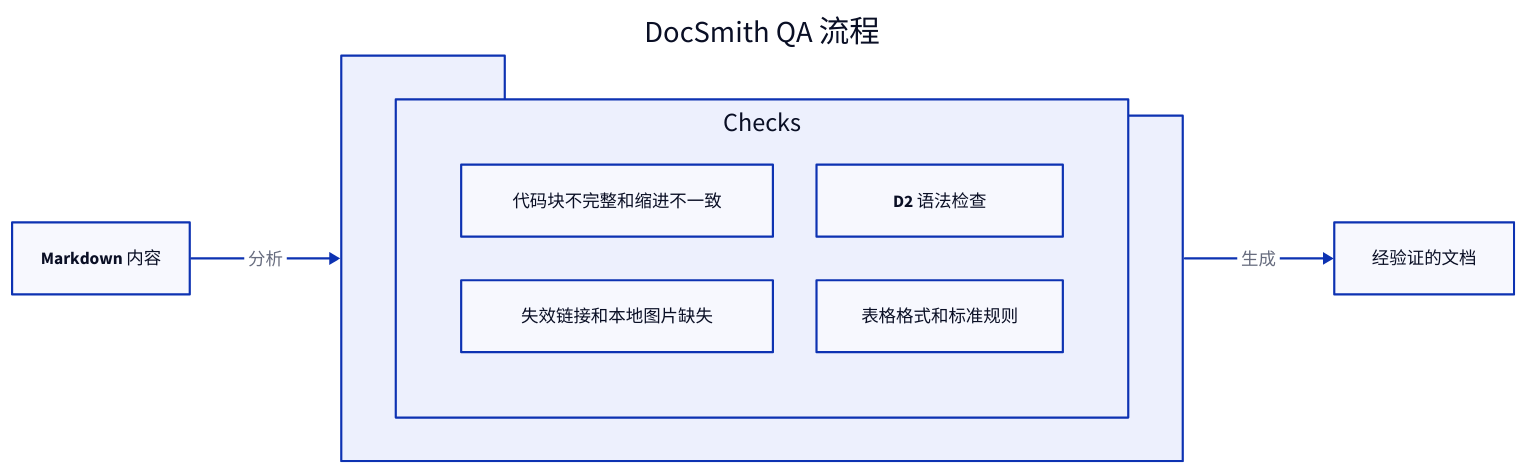
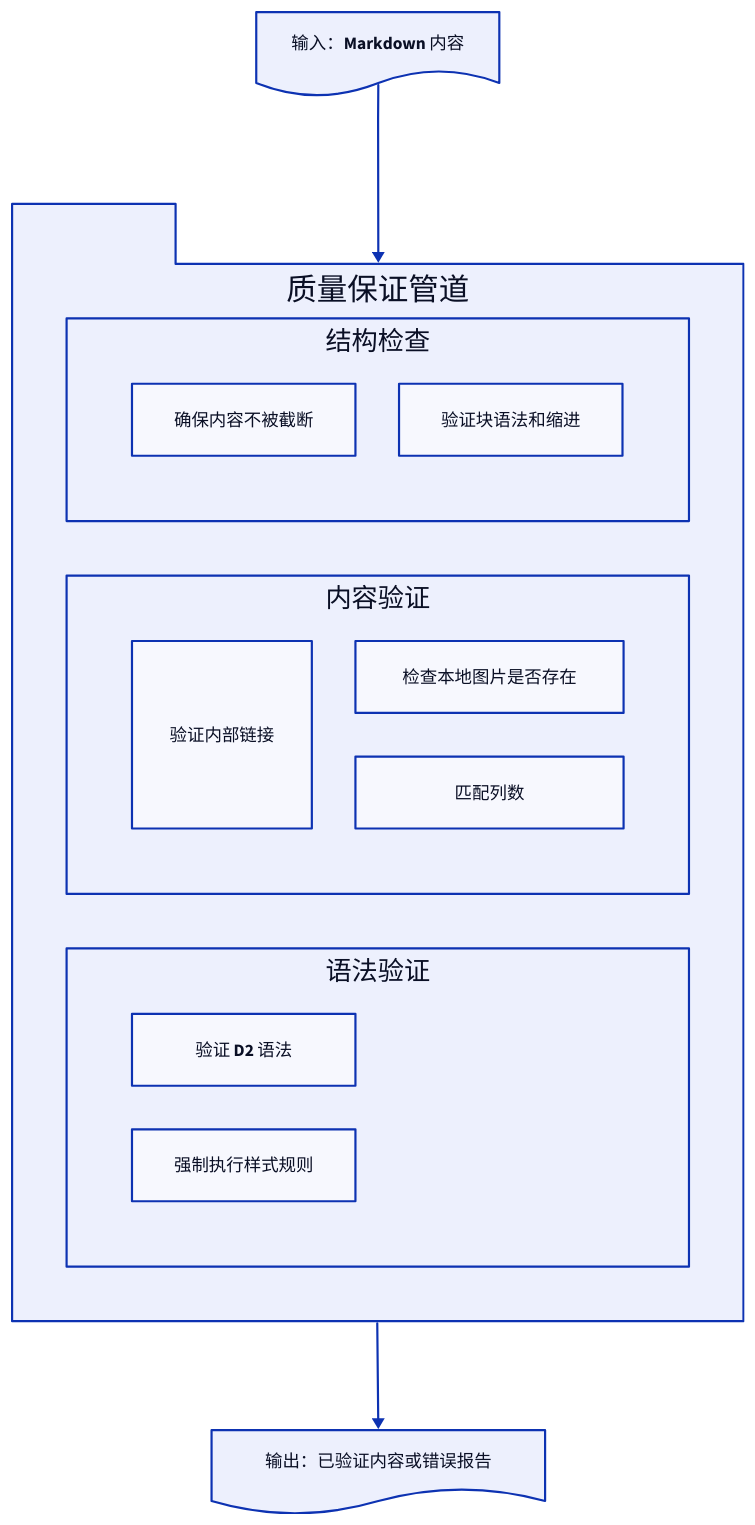
One commit to AIGNE-io/aigne-doc-smith changed the diagram in docs/advanced-quality-assurance.zh.md. Above: the diagram before and after it, drawn with D2. The commit also changed other lines of this file and 35 other files, not shown here.

````diff
--- a/docs/advanced-quality-assurance.zh.md
+++ b/docs/advanced-quality-assurance.zh.md
@@ -11,22 +7,42 @@
 ```d2
-direction: right
+direction: down
 
-Input: "Markdown 内容"
+"输入：Markdown 内容": {
+  shape: document
+}
 
-QA_Pipeline: "DocSmith QA 流程" {
+"质量保证管道": {
   shape: package
-  
-  Checks: {
+  grid-columns: 1
+  grid-gap: 50
+
+  "结构检查": {
+    shape: rectangle
     grid-columns: 2
-    "结构完整性": "代码块不完整和缩进不一致"
-    "链接和资源健康状况": "失效链接和本地图片缺失"
-    "图表验证": "D2 语法检查"
-    "Markdown 语法检查": "表格格式和标准规则"
+    "完整性": "确保内容不被截断"
+    "代码块": "验证块语法和缩进"
+  }
+
+  "内容验证": {
+    shape: rectangle
+    grid-columns: 2
+    "链接完整性": "验证内部链接"
+    "图片路径": "检查本地图片是否存在"
+    "表格格式": "匹配列数"
+  }
+
+  "语法验证": {
+    shape: rectangle
+    grid-columns: 1
+    "D2 图表": "验证 D2 语法"
+    "Markdown Linting": "强制执行样式规则"
   }
 }
 
-Output: "经验证的文档"
+"输出：已验证内容或错误报告": {
+  shape: document
+}
 
-Input -> QA_Pipeline: "分析"
-QA_Pipeline -> Output: "生成"
+"输入：Markdown 内容" -> "质量保证管道"
+"质量保证管道" -> "输出：已验证内容或错误报告"
 ```
````
